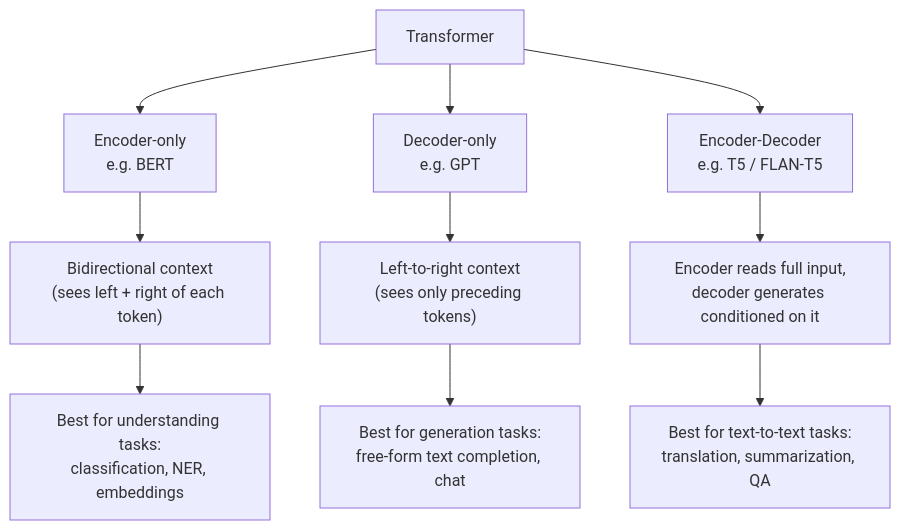
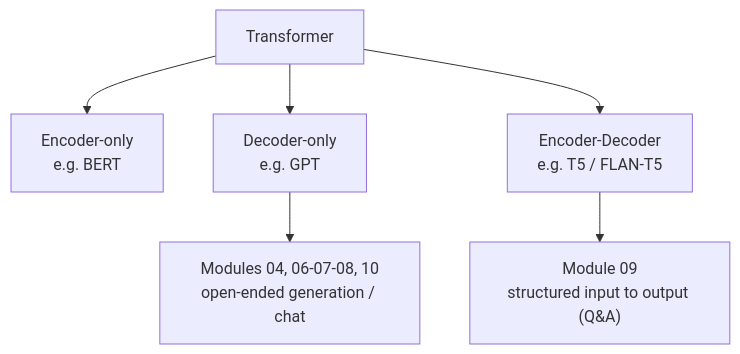
The diagram in gen-ai-and-llms/03-transformers-and-llms-p1/README.md (coderleonardo/ai-engineering-path), drawn with Mermaid before and after one commit. The commit also changed other lines of this file and 8 other files, not shown here.

````diff
--- a/gen-ai-and-llms/03-transformers-and-llms-p1/README.md
+++ b/gen-ai-and-llms/03-transformers-and-llms-p1/README.md
@@ -9,12 +11,8 @@
 ```mermaid
 flowchart TD
     A["Transformer"] --> B["Encoder-only<br/>e.g. BERT"]
     A --> C["Decoder-only<br/>e.g. GPT"]
     A --> D["Encoder-Decoder<br/>e.g. T5 / FLAN-T5"]
-    B --> B1["Bidirectional context<br/>(sees left + right of each token)"]
-    C --> C1["Left-to-right context<br/>(sees only preceding tokens)"]
-    D --> D1["Encoder reads full input,<br/>decoder generates conditioned on it"]
-    B1 --> B2["Best for understanding tasks:<br/>classification, NER, embeddings"]
-    C1 --> C2["Best for generation tasks:<br/>free-form text completion, chat"]
-    D1 --> D2["Best for text-to-text tasks:<br/>translation, summarization, QA"]
+    C --> C2["Modules 04, 06-07-08, 10<br/>open-ended generation / chat"]
+    D --> D2["Module 09<br/>structured input to output (Q&A)"]
 ```
````
